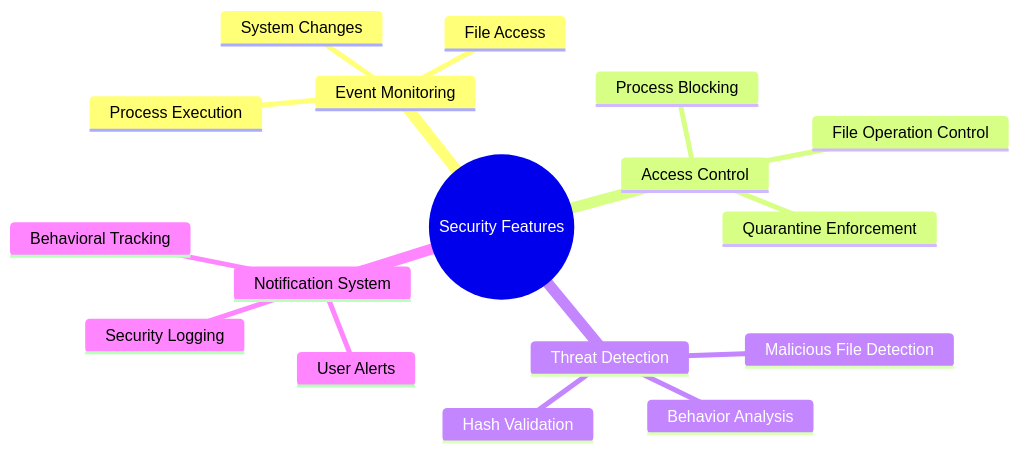
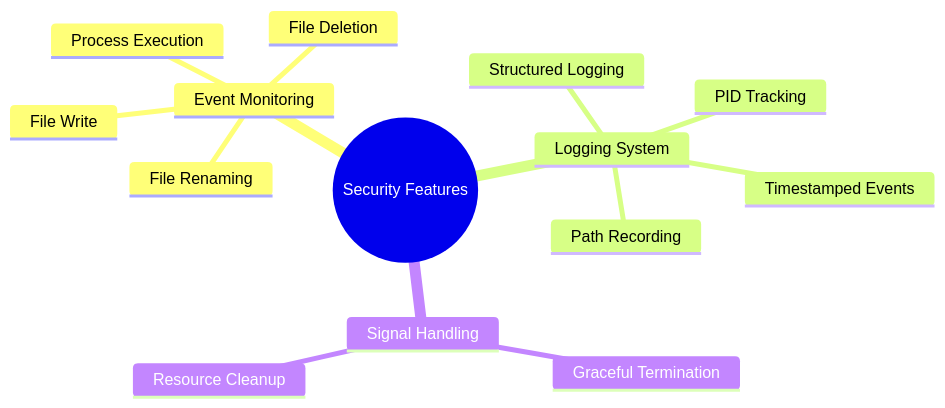
The first of 3 diagrams in DOCS/Security Features.md (anubhavg-icpl/EndpointSecurityDemo), drawn with Mermaid before and after one commit. The commit also changed other lines of this file and 4 other files, not shown here.

Commit message:
Refactor architecture documentation and introduce ESMonitor class for event handling

````diff
--- a/DOCS/Security Features.md
+++ b/DOCS/Security Features.md
@@ -7,20 +7,17 @@
 ```mermaid
 mindmap
   root((Security Features))
     Event Monitoring
       Process Execution
-      File Access
-      System Changes
-    Access Control
-      Process Blocking
-      File Operation Control
-      Quarantine Enforcement
-    Threat Detection
-      Malicious File Detection
-      Behavior Analysis
-      Hash Validation
-    Notification System
-      User Alerts
-      Security Logging
-      Behavioral Tracking
+      File Write
+      File Deletion
+      File Renaming
+    Logging System
+      Timestamped Events
+      PID Tracking
+      Path Recording
+      Structured Logging
+    Signal Handling
+      Graceful Termination
+      Resource Cleanup
 ```
````
